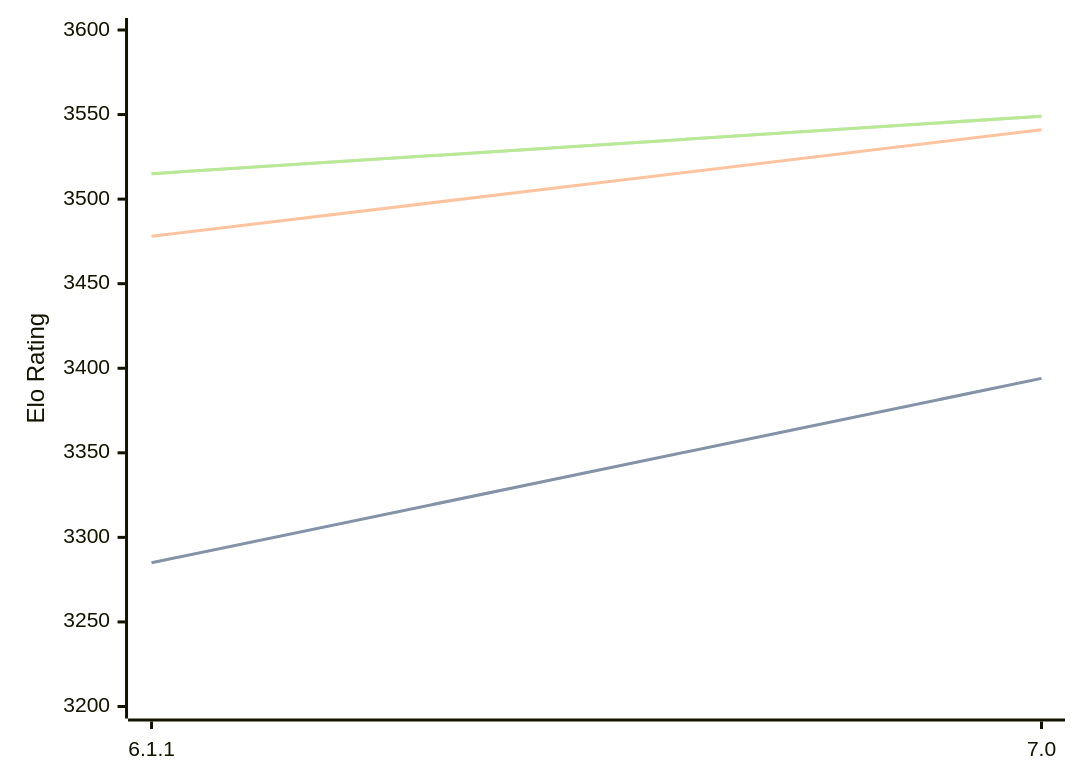
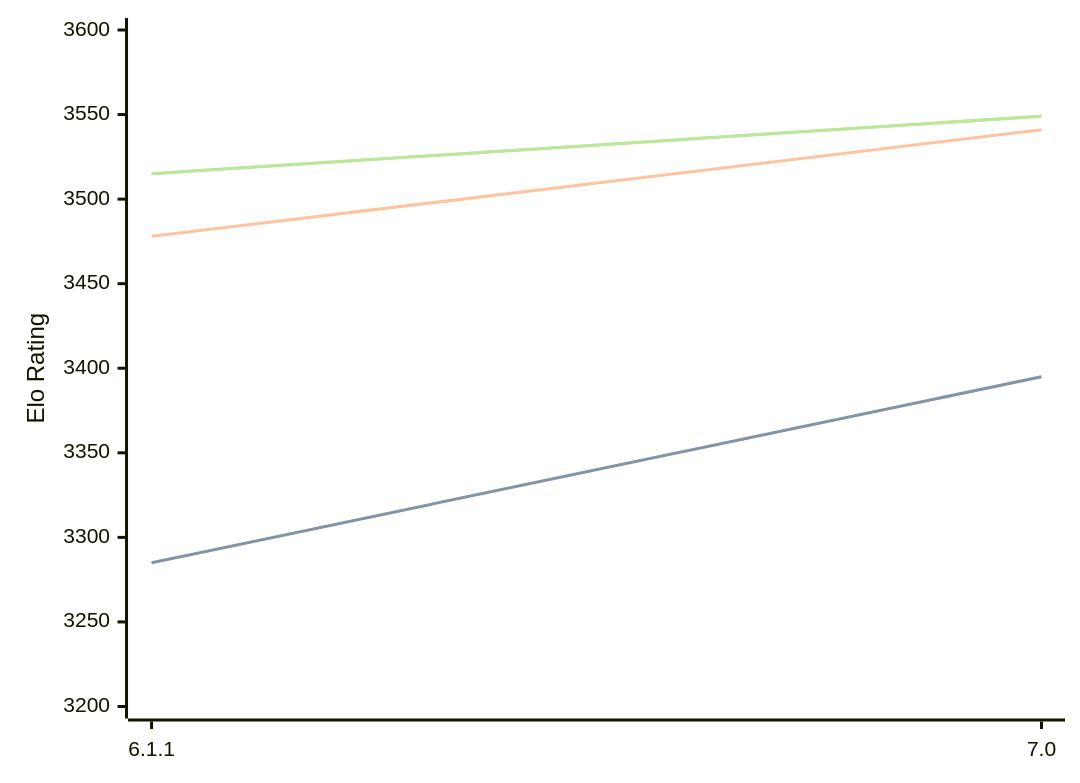
One commit to computer-chess-index/cci changed the diagram in engines/Astra.md. Above: the diagram before and after it, drawn with Mermaid. The commit also changed other lines of this file, not shown here.

````diff
--- a/engines/Astra.md
+++ b/engines/Astra.md
@@ -32,11 +32,11 @@
 ```mermaid
 %%{init: {"theme":"base","themeVariables":{"seriesColors:['#a3a3a3','#222221','#faa371']}}}%%
 xychart-beta
   x-axis ["6.1.1", "7.0"]
   y-axis "Elo Rating" 3200 --> 3600
-  line "" [3285, 3394]
-  line "STC (8.0+0.08s)" [3285, 3394]
+  line "" [3285, 3395]
+  line "STC (8.0+0.08s)" [3285, 3395]
   line "LTC (60.0+0.60s)" [3478, 3541]
   line "" [3515, 3549]
   line "VLTC (2m24s+1.12s)" [3515, 3549]
 ```
````
